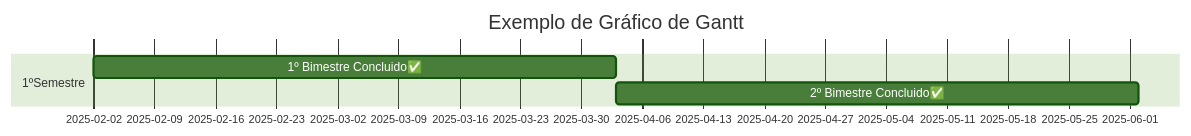
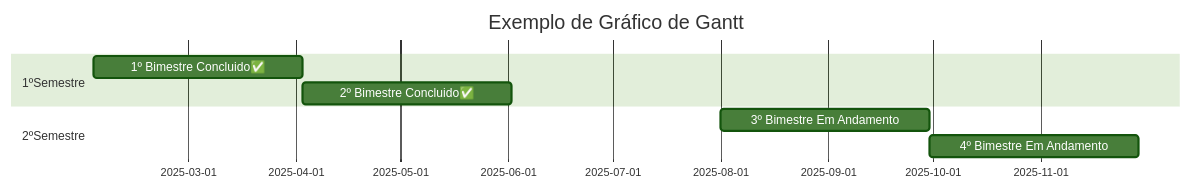
Before and after one commit to bruno-edlp/grafico_de_Gantt: the third of 3 diagrams in README.md, drawn with Mermaid (forest theme). The commit also changed other lines of this file, not shown here.

````diff
--- a/README.md
+++ b/README.md
@@ -17,9 +17,11 @@
 ```mermaid
 gantt
     title Exemplo de Gráfico de Gantt
     dateFormat YYYY-MM-DD
     section 1ºSemestre
     1º Bimestre Concluido✅:a1, 2025-02-02, 60d
     2º Bimestre Concluido✅:a2, after a1, 60d
     section 2ºSemestre
+    3º Bimestre Em Andamento: a3, 2025-08-01, 60d
+    4º Bimestre Em Andamento: a4, after a3, 60d
 ```
````
